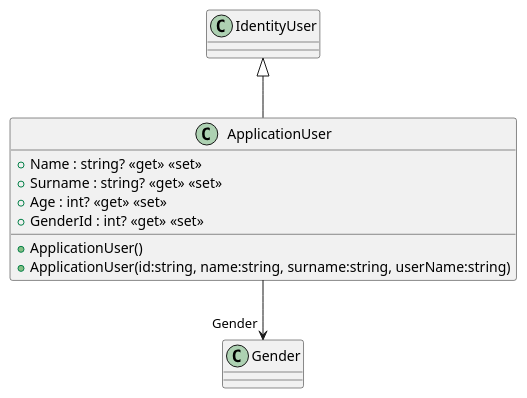
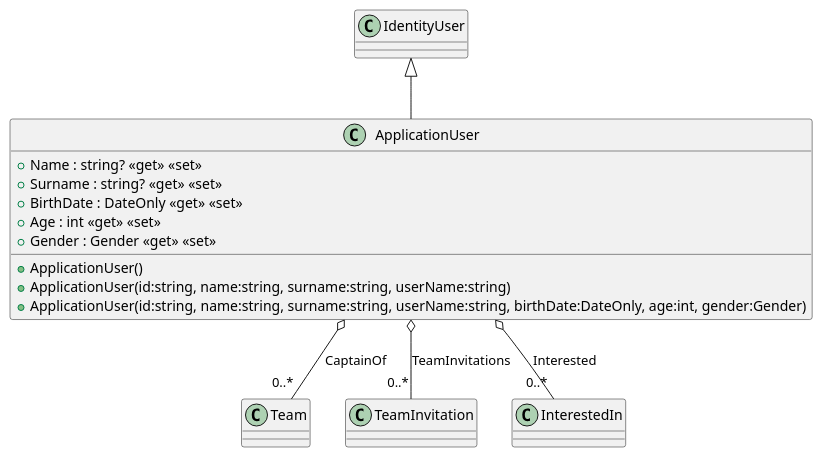
Before and after one commit to ISII2627Erasmus/Barca: the diagram in src/AppForSEII.API/ClassDiagram/ApplicationUser.puml, drawn with PlantUML. The commit also changed 20 other files, not shown here.

```diff
--- a/src/AppForSEII.API/ClassDiagram/ApplicationUser.puml
+++ b/src/AppForSEII.API/ClassDiagram/ApplicationUser.puml
@@ -1,10 +1,16 @@
+@startuml
 class ApplicationUser {
     + ApplicationUser()
     + ApplicationUser(id:string, name:string, surname:string, userName:string)
+    + ApplicationUser(id:string, name:string, surname:string, userName:string, birthDate:DateOnly, age:int, gender:Gender)
     + Name : string? <<get>> <<set>>
     + Surname : string? <<get>> <<set>>
-    + Age : int? <<get>> <<set>>
-    + GenderId : int? <<get>> <<set>>
+    + BirthDate : DateOnly <<get>> <<set>>
+    + Age : int <<get>> <<set>>
+    + Gender : Gender <<get>> <<set>>
 }
 IdentityUser <|-- ApplicationUser
-ApplicationUser --> "Gender" Gender
+ApplicationUser o-- "0..*" Team : "CaptainOf"
+ApplicationUser o-- "0..*" TeamInvitation : "TeamInvitations"
+ApplicationUser o-- "0..*" InterestedIn : "Interested"
+@enduml
```
